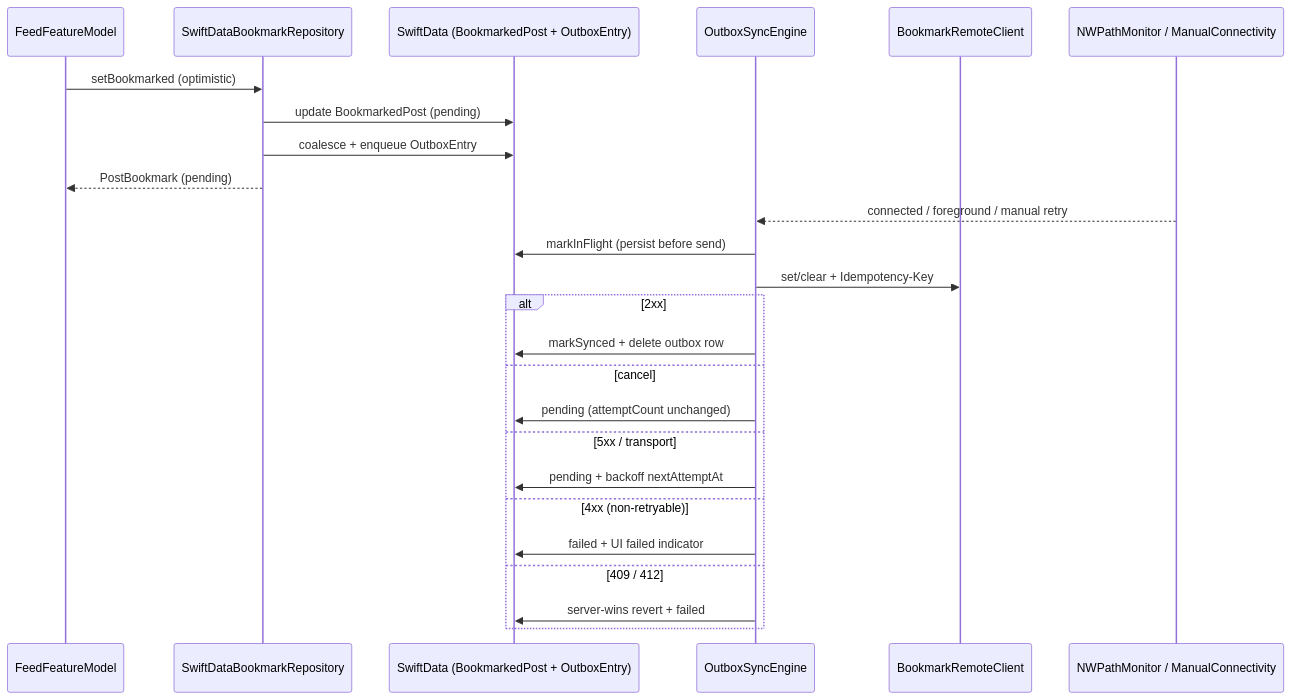
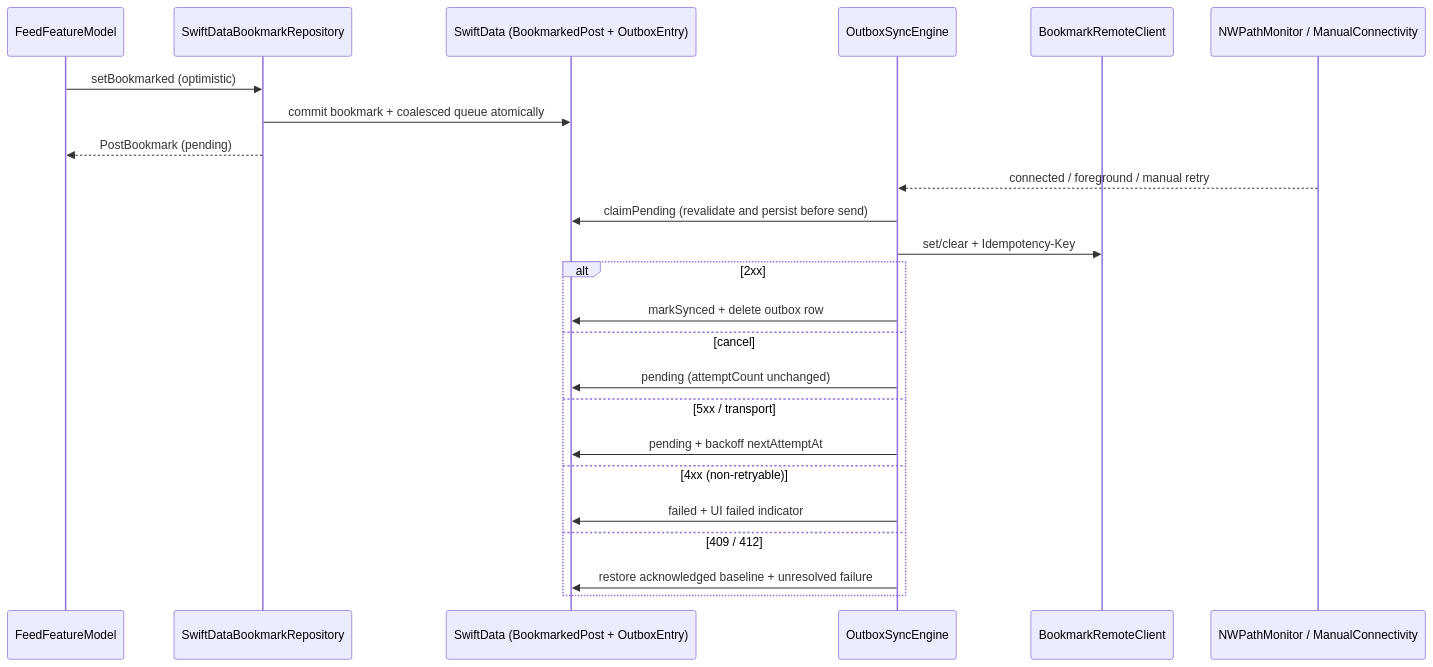
The second of 2 diagrams in docs/architecture/offline-first-behavior.md (redjadet/super_demo_ios), drawn with Mermaid before and after one commit. The commit also changed other lines of this file and 16 other files, not shown here.

First line of the commit message:
fix(feed): preserve bookmark intent and durable queue state (#93)

````diff
--- a/docs/architecture/offline-first-behavior.md
+++ b/docs/architecture/offline-first-behavior.md
@@ -57,28 +57,27 @@
 ```mermaid
 sequenceDiagram
   participant UI as FeedFeatureModel
   participant Repo as SwiftDataBookmarkRepository
   participant SD as SwiftData (BookmarkedPost + OutboxEntry)
   participant Eng as OutboxSyncEngine
   participant Net as BookmarkRemoteClient
   participant Path as NWPathMonitor / ManualConnectivity
 
   UI->>Repo: setBookmarked (optimistic)
-  Repo->>SD: update BookmarkedPost (pending)
-  Repo->>SD: coalesce + enqueue OutboxEntry
+  Repo->>SD: commit bookmark + coalesced queue atomically
   Repo-->>UI: PostBookmark (pending)
   Path-->>Eng: connected / foreground / manual retry
-  Eng->>SD: markInFlight (persist before send)
+  Eng->>SD: claimPending (revalidate and persist before send)
   Eng->>Net: set/clear + Idempotency-Key
   alt 2xx
     Eng->>SD: markSynced + delete outbox row
   else cancel
     Eng->>SD: pending (attemptCount unchanged)
   else 5xx / transport
     Eng->>SD: pending + backoff nextAttemptAt
   else 4xx (non-retryable)
     Eng->>SD: failed + UI failed indicator
   else 409 / 412
-    Eng->>SD: server-wins revert + failed
+    Eng->>SD: restore acknowledged baseline + unresolved failure
   end
 ```
````
